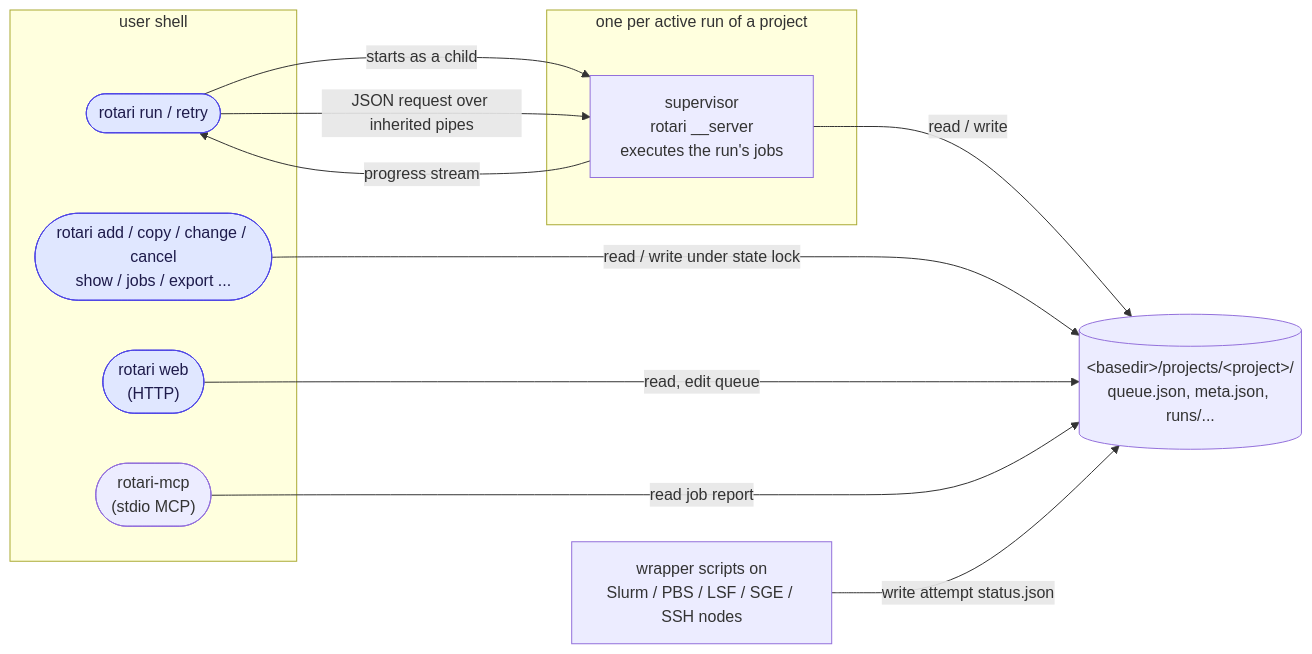
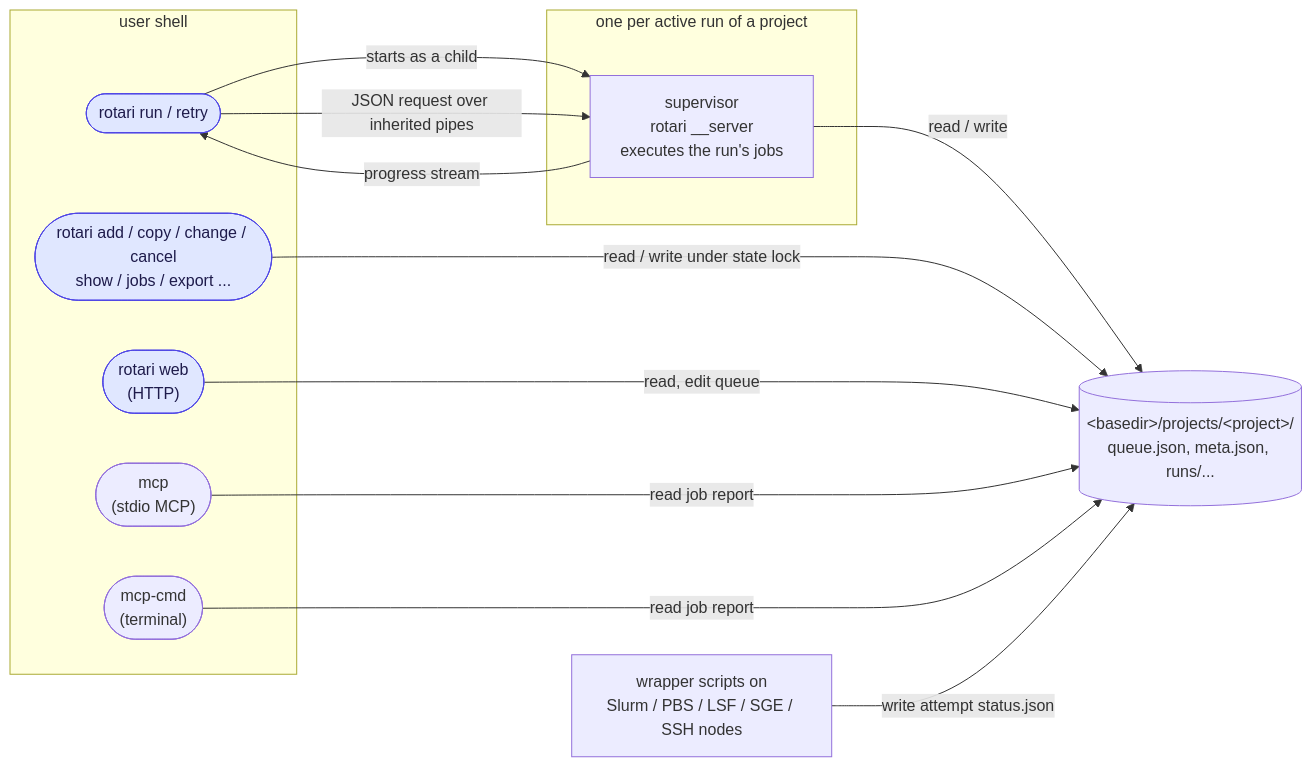
The first of 2 diagrams in docs/ARCHITECTURE.md (kamo-naoyuki/rotari), drawn with Mermaid before and after one commit. The commit also changed other lines of this file and 5 other files, not shown here.

Commit message:
Share job inspection across MCP and terminal

````diff
--- a/docs/ARCHITECTURE.md
+++ b/docs/ARCHITECTURE.md
@@ -18,26 +18,28 @@
 ```mermaid
 flowchart LR
   subgraph clients["user shell"]
     runcli(["rotari run / retry"])
     direct(["rotari add / copy / change / cancel<br/>show / jobs / export ..."])
     webcli(["rotari web<br/>(HTTP)"])
-      mcpcli(["rotari-mcp<br/>(stdio MCP)"])
+      mcpcli(["mcp<br/>(stdio MCP)"])
+      mcpcmd(["mcp-cmd<br/>(terminal)"])
   end
   subgraph sup["one per active run of a project"]
     supervisor["supervisor<br/>rotari __server<br/>executes the run's jobs"]
   end
   files[("&lt;basedir&gt;/projects/&lt;project&gt;/<br/>queue.json, meta.json, runs/...")]
    nodes["wrapper scripts on<br/>Slurm / PBS / LSF / SGE / SSH nodes"]
 
   runcli -->|"starts as a child"| supervisor
   runcli -->|"JSON request over inherited pipes"| supervisor
   supervisor -->|progress stream| runcli
   supervisor -->|read / write| files
   direct -->|"read / write under state lock"| files
   webcli -->|"read, edit queue"| files
    mcpcli -->|"read job report"| files
+   mcpcmd -->|"read job report"| files
   nodes -->|write attempt status.json| files
 
    classDef command fill:#e0e7ff,stroke:#4f46e5,color:#1e1b4b
   class runcli,direct,webcli command
 ```
````
